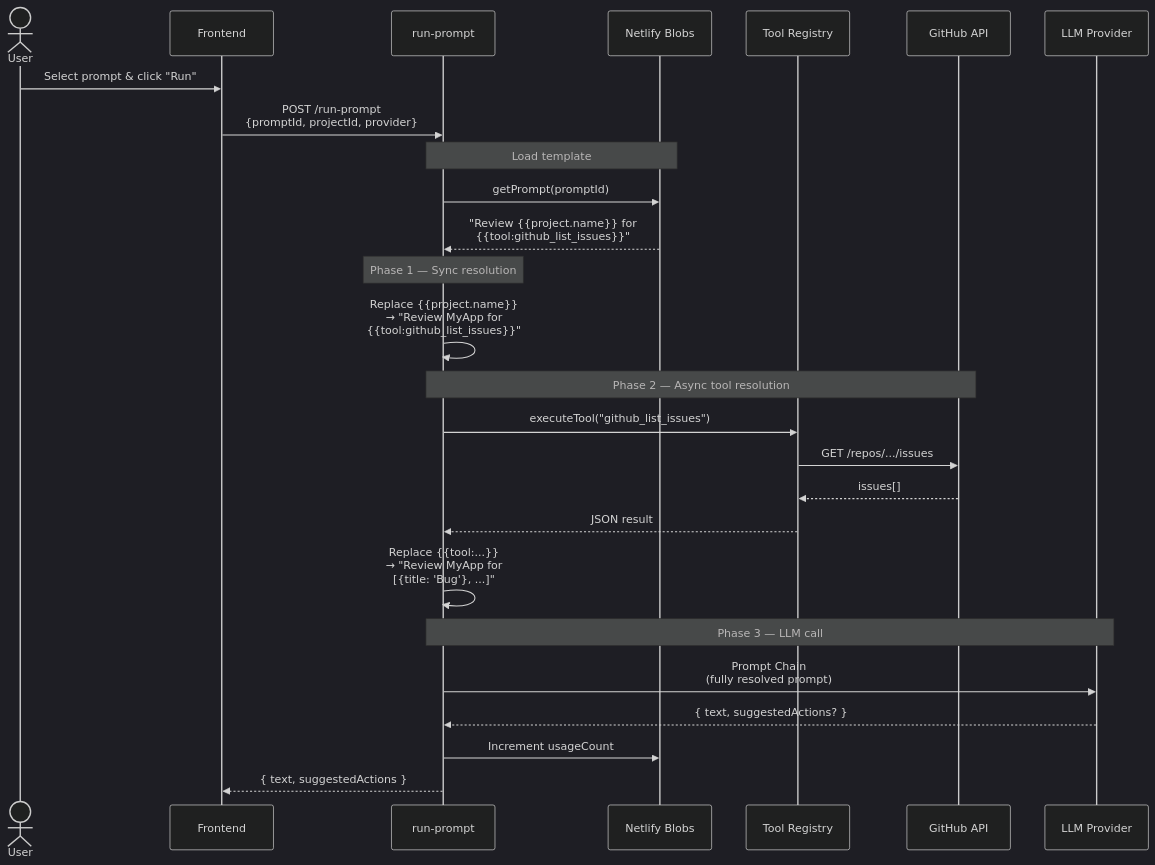
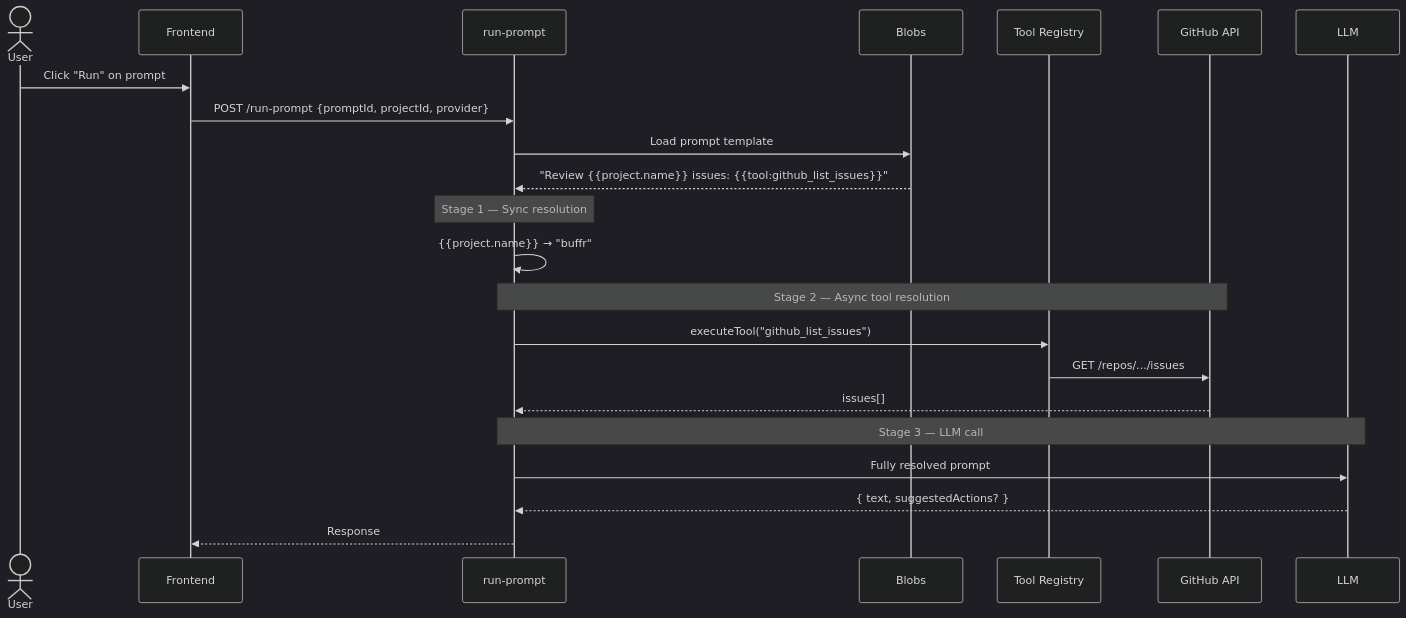
One commit to rlynjb/buffr changed the tenth of 10 diagrams in docs/LEARNING_AI_BACKEND.md. Above: the diagram before and after it, drawn with Mermaid (dark theme). The commit also changed other lines of this file, not shown here.

````diff
--- a/docs/LEARNING_AI_BACKEND.md
+++ b/docs/LEARNING_AI_BACKEND.md
@@ -793,34 +740,29 @@
 ```mermaid
 sequenceDiagram
     actor U as User
     participant FE as Frontend
     participant RP as run-prompt
-    participant DB as Netlify Blobs
+    participant DB as Blobs
     participant TR as Tool Registry
     participant GH as GitHub API
-    participant LLM as LLM Provider
+    participant LLM as LLM
 
-    U->>FE: Select prompt & click "Run"
-    FE->>RP: POST /run-prompt<br/>{promptId, projectId, provider}
+    U->>FE: Click "Run" on prompt
+    FE->>RP: POST /run-prompt {promptId, projectId, provider}
 
-    Note over RP,DB: Load template
-    RP->>DB: getPrompt(promptId)
-    DB-->>RP: "Review {{project.name}} for<br/>{{tool:github_list_issues}}"
+    RP->>DB: Load prompt template
+    DB-->>RP: "Review {{project.name}} issues: {{tool:github_list_issues}}"
 
-    Note over RP: Phase 1 — Sync resolution
-    RP->>RP: Replace {{project.name}}<br/>→ "Review MyApp for<br/>{{tool:github_list_issues}}"
+    Note over RP: Stage 1 — Sync resolution
+    RP->>RP: {{project.name}} → "buffr"
 
-    Note over RP,GH: Phase 2 — Async tool resolution
+    Note over RP,GH: Stage 2 — Async tool resolution
     RP->>TR: executeTool("github_list_issues")
     TR->>GH: GET /repos/.../issues
-    GH-->>TR: issues[]
-    TR-->>RP: JSON result
-    RP->>RP: Replace {{tool:...}}<br/>→ "Review MyApp for<br/>[{title: 'Bug'}, ...]"
+    GH-->>RP: issues[]
 
-    Note over RP,LLM: Phase 3 — LLM call
-    RP->>LLM: Prompt Chain<br/>(fully resolved prompt)
+    Note over RP,LLM: Stage 3 — LLM call
+    RP->>LLM: Fully resolved prompt
     LLM-->>RP: { text, suggestedActions? }
-
-    RP->>DB: Increment usageCount
-    RP-->>FE: { text, suggestedActions }
+    RP-->>FE: Response
 ```
````
